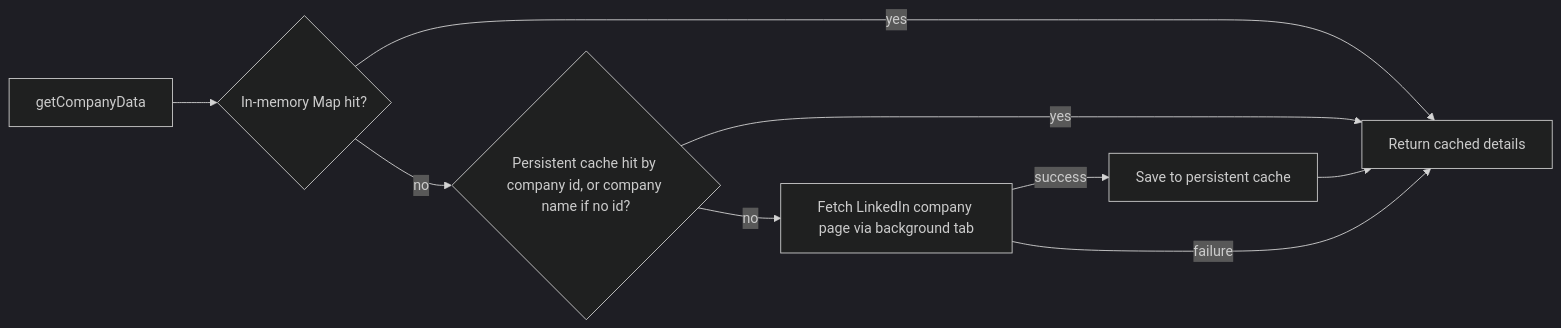
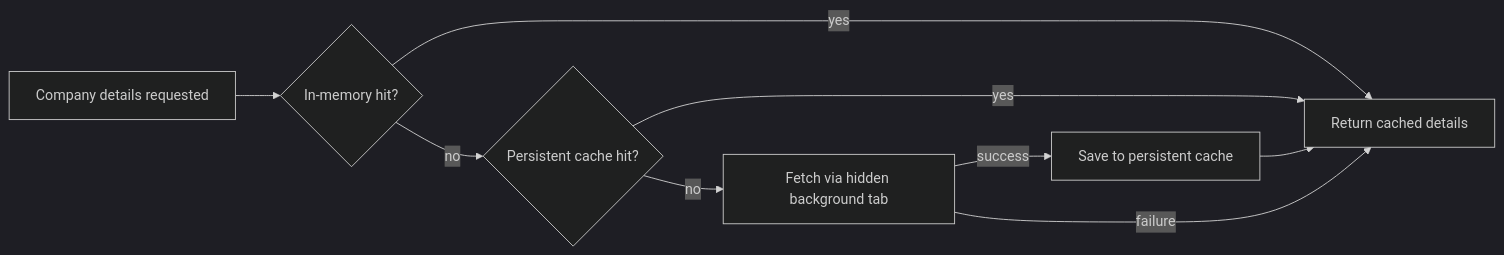
Before and after one commit to VitaliiMysko/LeadGenerator: the second of 4 diagrams in docs/architecture.md, drawn with Mermaid (dark theme). The commit also changed other lines of this file and 5 other files, not shown here.

````diff
--- a/docs/architecture.md
+++ b/docs/architecture.md
@@ -282,10 +74,10 @@
 ```mermaid
 flowchart LR
-    Request[getCompanyData] --> MemCache{In-memory Map hit?}
+    Request[Company details requested] --> MemCache{In-memory hit?}
     MemCache -- yes --> Return[Return cached details]
-    MemCache -- no --> PersistCache{Persistent cache hit by company id, or company name if no id?}
+    MemCache -- no --> PersistCache{Persistent cache hit?}
     PersistCache -- yes --> Return
-    PersistCache -- no --> Fetch[Fetch LinkedIn company page via background tab]
+    PersistCache -- no --> Fetch[Fetch via hidden background tab]
     Fetch -- success --> Save[Save to persistent cache] --> Return
     Fetch -- failure --> Return
 ```
````
